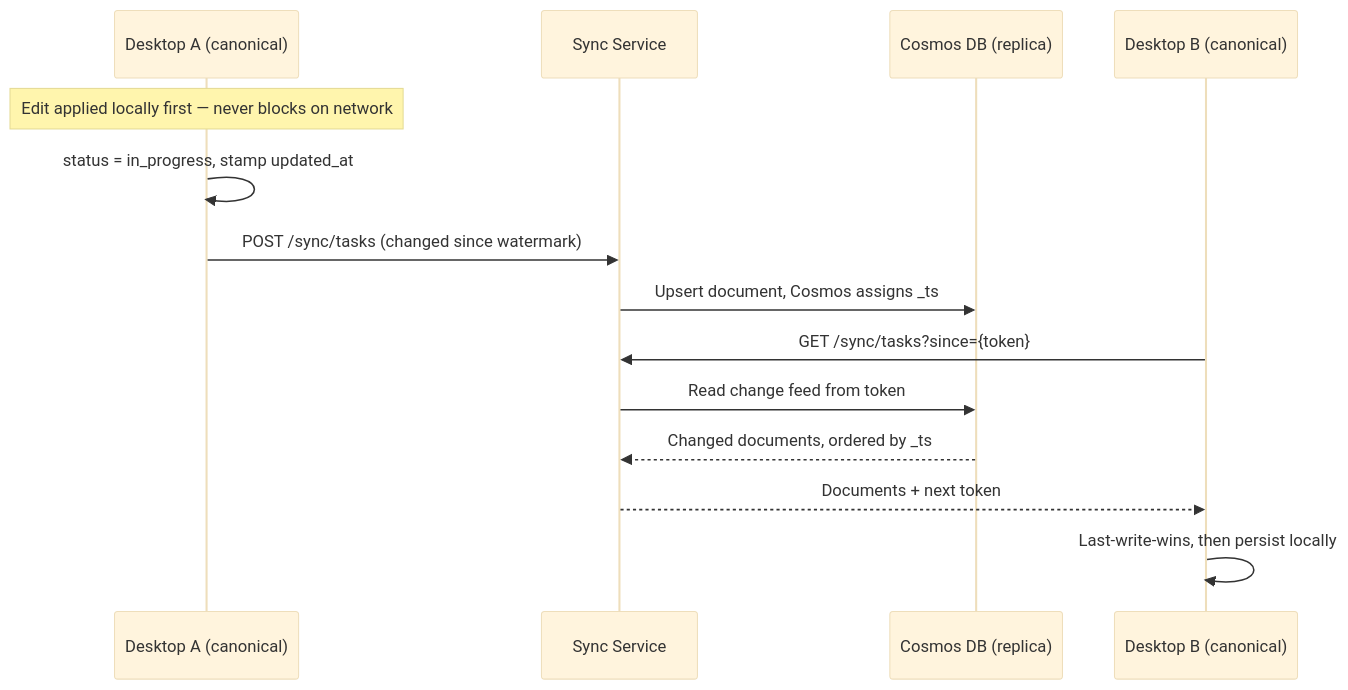
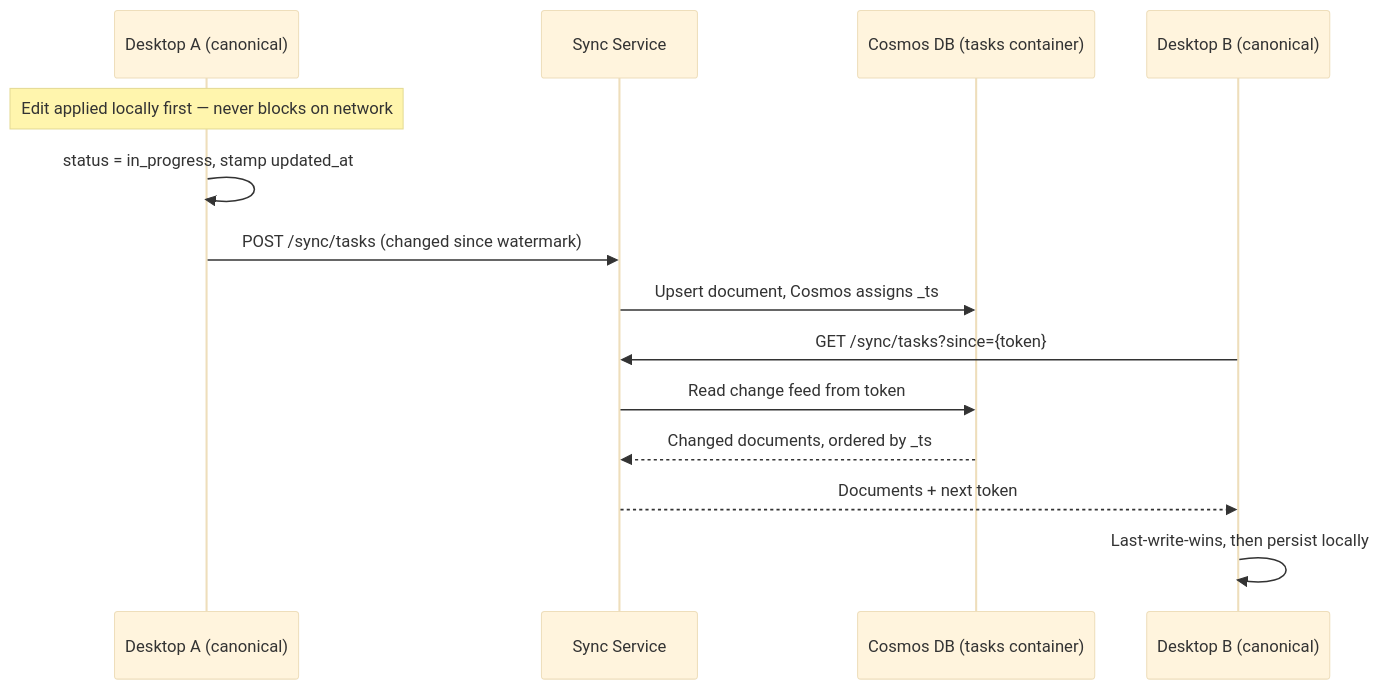
The diagram in .arc42/08-crosscutting-concepts.md (JSdotNet/Backlog), drawn with Mermaid (base theme) before and after one commit. The commit also changed other lines of this file and 15 other files, not shown here.

````diff
--- a/.arc42/08-crosscutting-concepts.md
+++ b/.arc42/08-crosscutting-concepts.md
@@ -63,17 +97,17 @@
 ```mermaid
 sequenceDiagram
     participant A as Desktop A (canonical)
     participant S as Sync Service
-    participant C as Cosmos DB (replica)
+    participant C as Cosmos DB (tasks container)
     participant B as Desktop B (canonical)
 
     Note over A: Edit applied locally first — never blocks on network
     A->>A: status = in_progress, stamp updated_at
     A->>S: POST /sync/tasks (changed since watermark)
     S->>C: Upsert document, Cosmos assigns _ts
     B->>S: GET /sync/tasks?since={token}
     S->>C: Read change feed from token
     C-->>S: Changed documents, ordered by _ts
     S-->>B: Documents + next token
     B->>B: Last-write-wins, then persist locally
 ```
````
